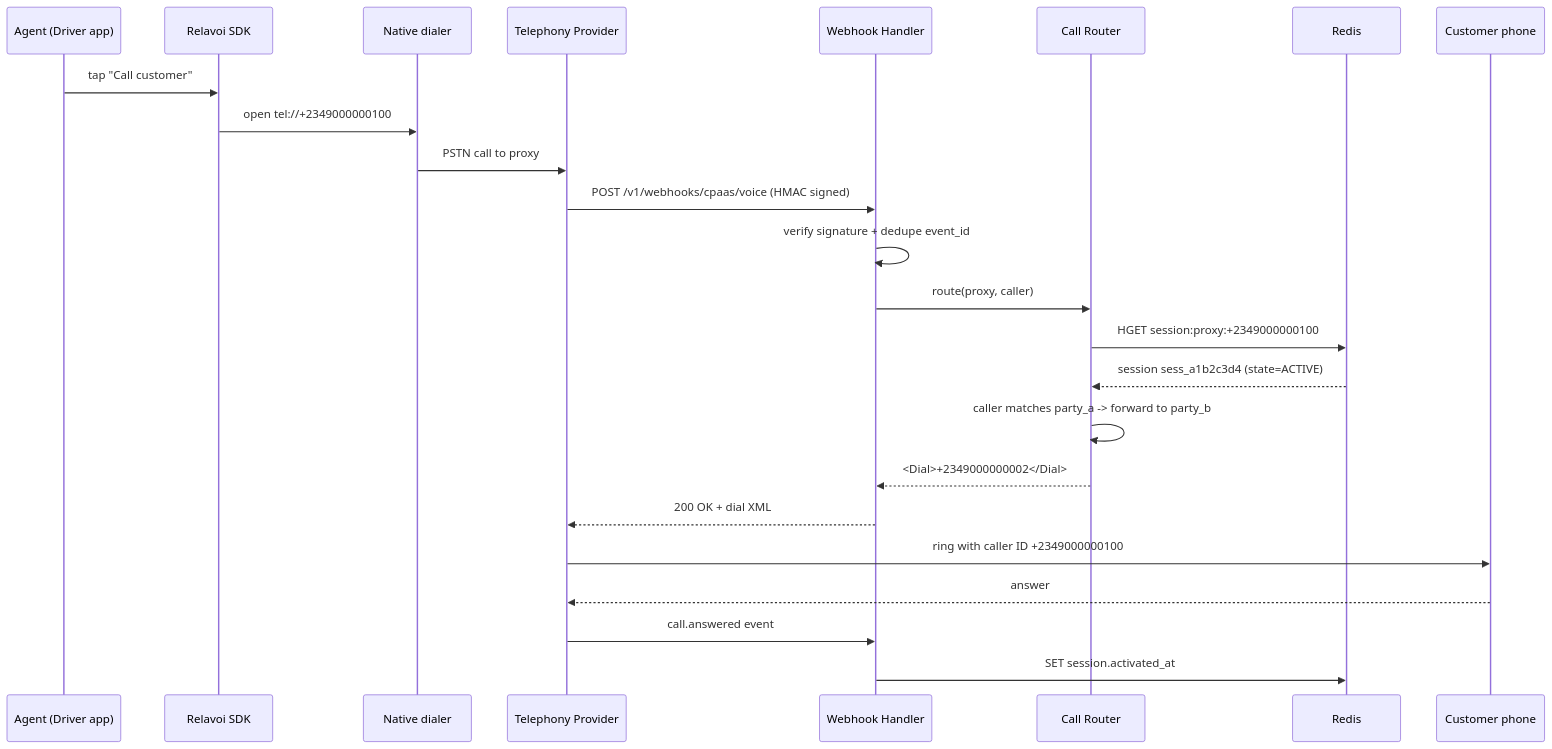
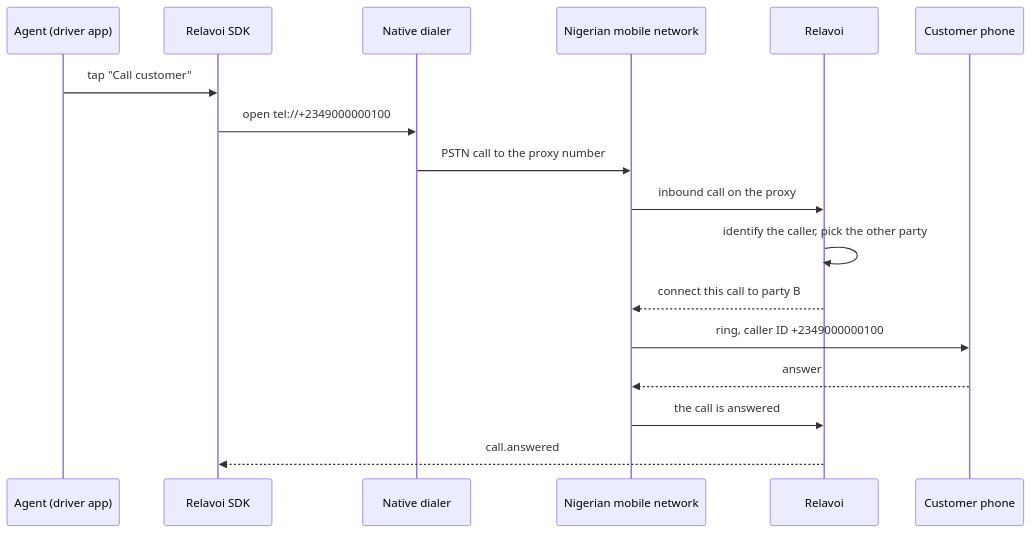
The diagram in docs/guides/call-flow.md (cicanda/relavoi-docs), drawn with Mermaid before and after one commit. The commit also changed other lines of this file and 10 other files, not shown here.

````diff
--- a/docs/guides/call-flow.md
+++ b/docs/guides/call-flow.md
@@ -15,27 +17,20 @@
 ```mermaid
 sequenceDiagram
-  participant Agent as Agent (Driver app)
+  participant Agent as Agent (driver app)
   participant SDK as Relavoi SDK
   participant Dialer as Native dialer
-  participant Carrier as Telephony Provider
-  participant WH as Webhook Handler
-  participant CR as Call Router
-  participant Redis
+  participant Network as Nigerian mobile network
+  participant Relavoi
   participant Customer as Customer phone
 
   Agent->>SDK: tap "Call customer"
   SDK->>Dialer: open tel://+2349000000100
-  Dialer->>Carrier: PSTN call to proxy
-  Carrier->>WH: POST /v1/webhooks/cpaas/voice (HMAC signed)
-  WH->>WH: verify signature + dedupe event_id
-  WH->>CR: route(proxy, caller)
-  CR->>Redis: HGET session:proxy:+2349000000100
-  Redis-->>CR: session sess_a1b2c3d4 (state=ACTIVE)
-  CR->>CR: caller matches party_a -> forward to party_b
-  CR-->>WH: <Dial>+2349000000002</Dial>
-  WH-->>Carrier: 200 OK + dial XML
-  Carrier->>Customer: ring with caller ID +2349000000100
-  Customer-->>Carrier: answer
-  Carrier->>WH: call.answered event
-  WH->>Redis: SET session.activated_at
+  Dialer->>Network: PSTN call to the proxy number
+  Network->>Relavoi: inbound call on the proxy
+  Relavoi->>Relavoi: identify the caller, pick the other party
+  Relavoi-->>Network: connect this call to party B
+  Network->>Customer: ring, caller ID +2349000000100
+  Customer-->>Network: answer
+  Network->>Relavoi: the call is answered
+  Relavoi-->>SDK: call.answered
 ```
````
